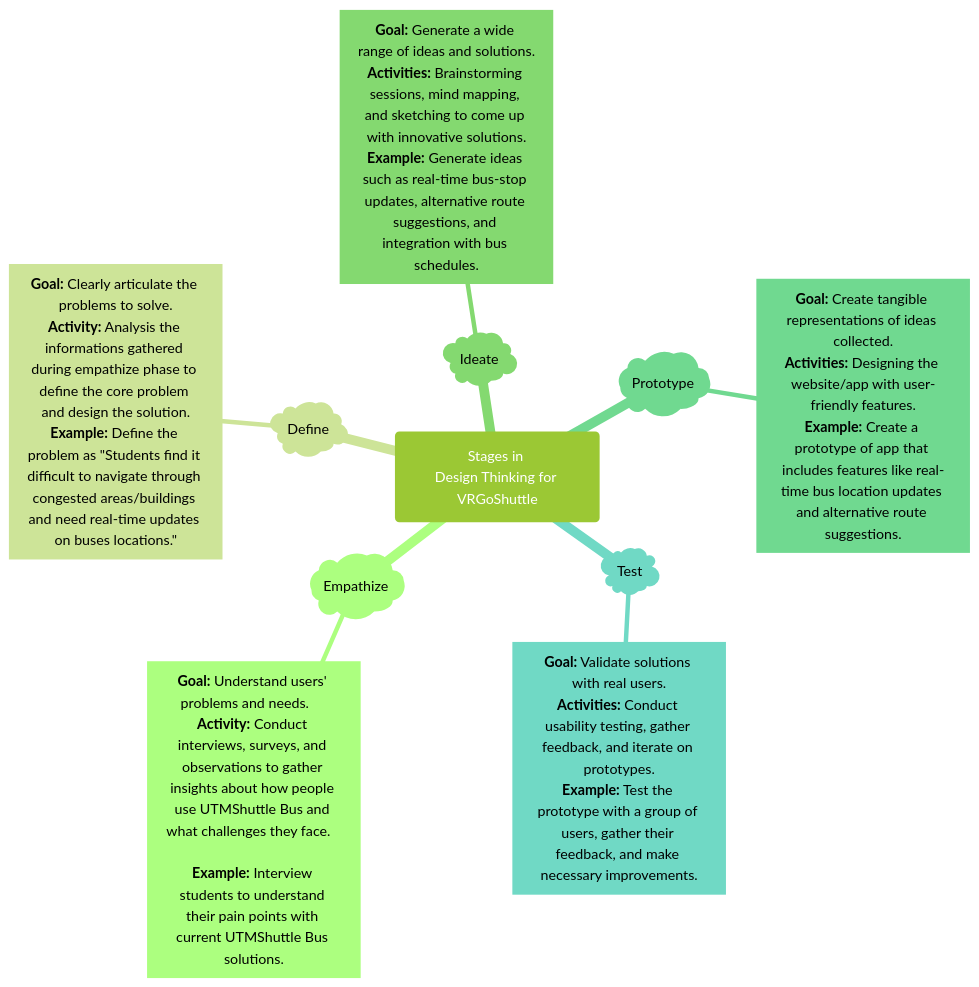
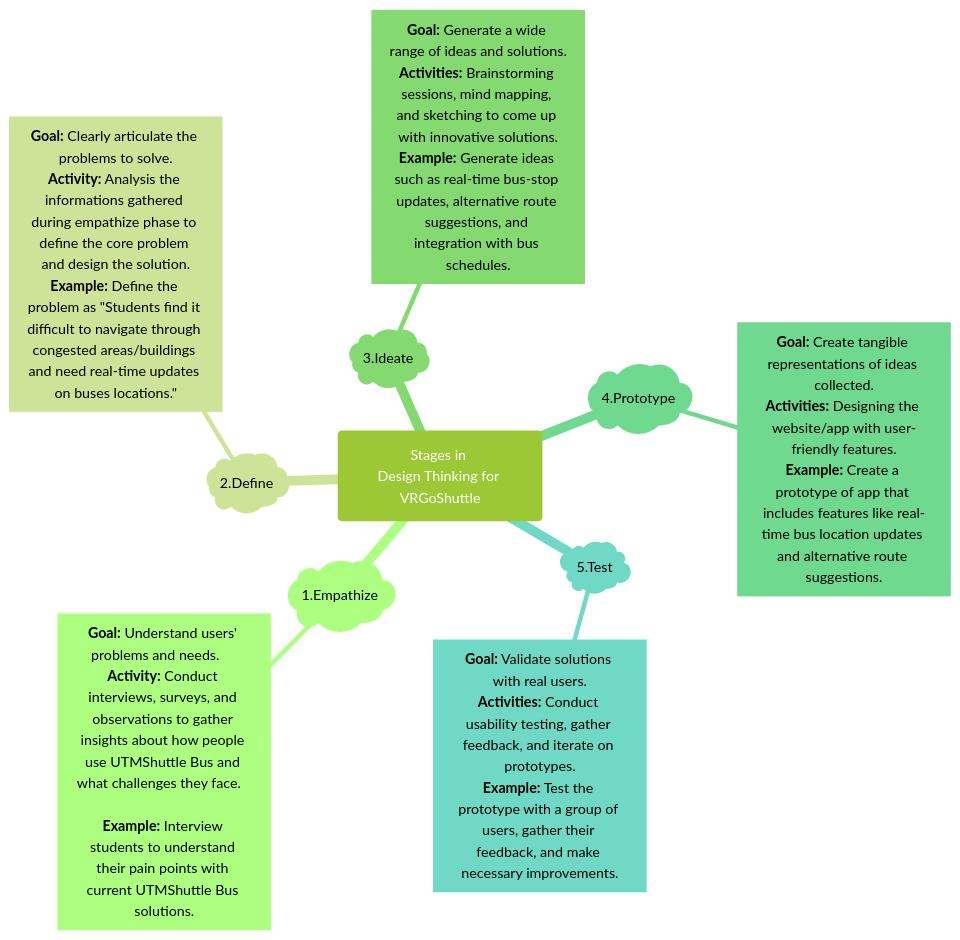
Before and after one commit to HaritzHaykal/Group-1: the diagram in Group 3/Design Thinking.md, drawn with Mermaid (forest theme).

Commit message:
Update Design Thinking.md

````diff
--- a/Group 3/Design Thinking.md
+++ b/Group 3/Design Thinking.md
@@ -1,25 +1,25 @@
 ```mermaid
 mindmap
   root(Stages in 
 Design Thinking for VRGoShuttle)
-    )Empathize(
+    )1.Empathize(
       [**Goal:** Understand users' problems and needs.     
 **Activity:** Conduct interviews, surveys, and observations to gather insights about how people use UTMShuttle Bus and what challenges they face.        
 **Example:** Interview students to understand their pain points with current UTMShuttle Bus solutions.]
-    )Define(
+    )2.Define(
       [**Goal:** Clearly articulate the problems to solve.
       **Activity:** Analysis the informations gathered during empathize phase to define the core problem and design the solution.
       **Example:** Define the problem as "Students find it difficult to navigate through congested areas/buildings and need real-time updates on buses locations."]
-    )Ideate(
+    )3.Ideate(
       [**Goal:** Generate a wide range of ideas and solutions.
 **Activities:** Brainstorming sessions, mind mapping, and sketching to come up with innovative solutions.
 **Example:** Generate ideas such as real-time bus-stop updates, alternative route suggestions, and integration with bus schedules.]
-    )Prototype(
+    )4.Prototype(
       [**Goal:** Create tangible representations of ideas collected.
       **Activities:** Designing the website/app with user-friendly features.
       **Example:** Create a prototype of app that includes features like real-time bus location updates and alternative route suggestions.]
-    )Test(
+    )5.Test(
       [**Goal:** Validate solutions with real users.
       **Activities:** Conduct usability testing, gather feedback, and iterate on prototypes.
       **Example:** Test the prototype with a group of users, gather their feedback, and make necessary improvements.]
 ```
````
